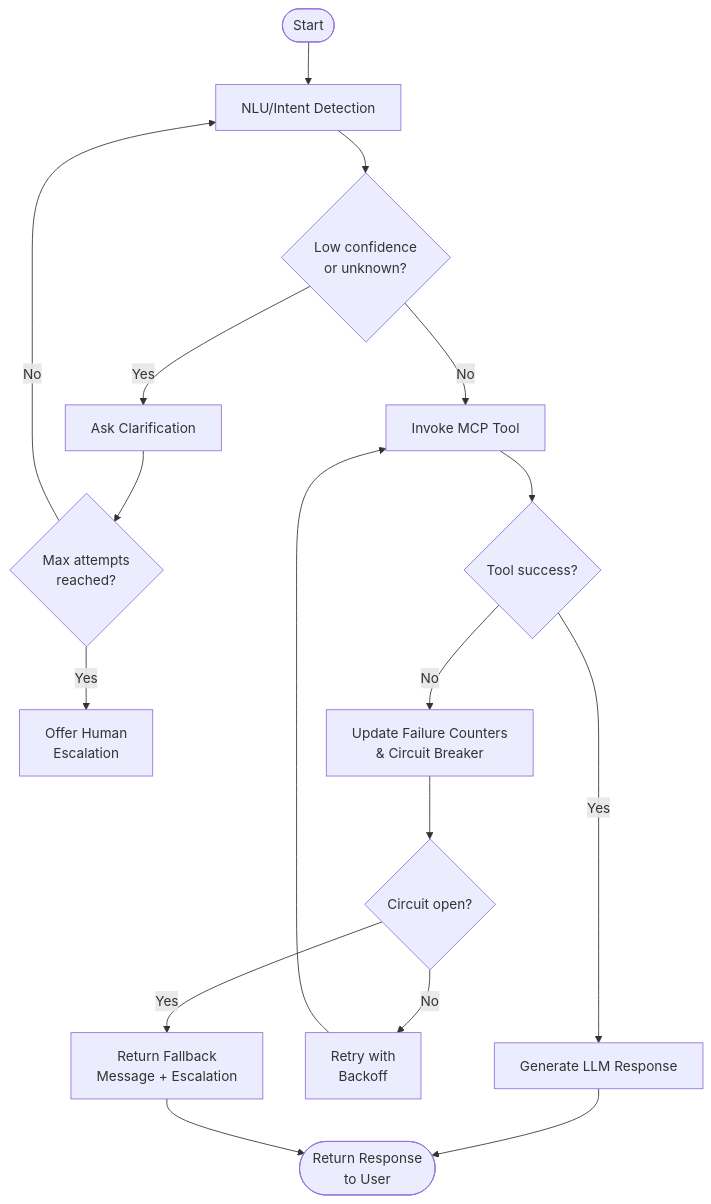
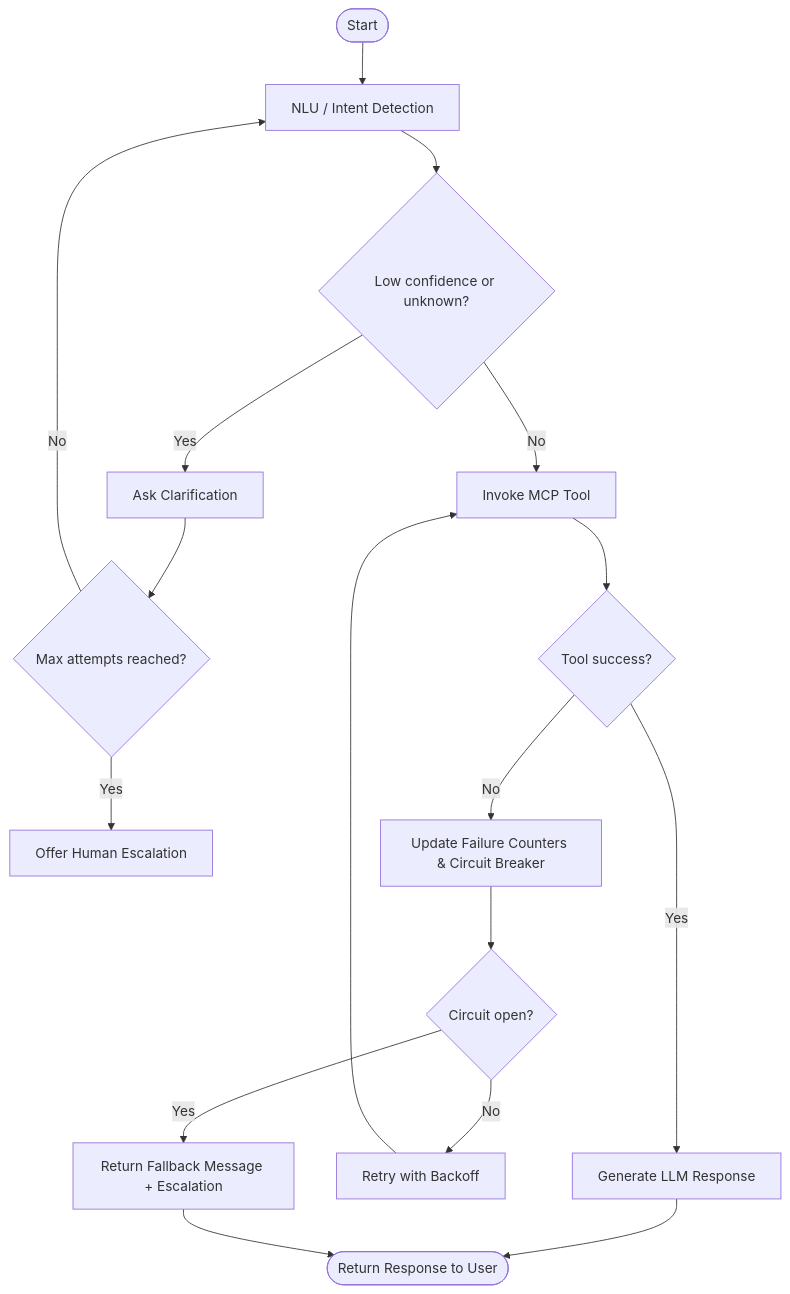
Before and after one commit to kishorekota-dev/map_demo: the fifth of 6 diagrams in white+paper_banking_chat.md, drawn with Mermaid. The commit also changed other lines of this file, not shown here.

````diff
--- a/white+paper_banking_chat.md
+++ b/white+paper_banking_chat.md
@@ -261,31 +243,24 @@
 ```mermaid
 flowchart TD
-  START5([Start]) --> NLU5[NLU/Intent Detection]
-  NLU5 --> DEC5{Low confidence
-  or unknown?}
+  START5([Start]) --> NLU5["NLU / Intent Detection"]
+  NLU5 --> DEC5{"Low confidence or unknown?"}
 
-  DEC5 -->|Yes| CLAR5[Ask Clarification]
-  CLAR5 --> RETRY5{Max attempts
-  reached?}
+  DEC5 -->|Yes| CLAR5["Ask Clarification"]
+  CLAR5 --> RETRY5{"Max attempts reached?"}
   RETRY5 -->|No| NLU5
-  RETRY5 -->|Yes| ESC5[Offer Human
-  Escalation]
+  RETRY5 -->|Yes| ESC5["Offer Human Escalation"]
 
-  DEC5 -->|No| TOOL5[Invoke MCP Tool]
-  TOOL5 --> RES5{Tool success?}
+  DEC5 -->|No| TOOL5["Invoke MCP Tool"]
+  TOOL5 --> RES5{"Tool success?"}
 
-  RES5 -->|No| CB5[Update Failure Counters
-  & Circuit Breaker]
-  CB5 --> CBOPEN5{Circuit open?}
-  CBOPEN5 -->|Yes| MSG5[Return Fallback
-  Message + Escalation]
-  CBOPEN5 -->|No| RETRYT5[Retry with
-  Backoff]
+  RES5 -->|No| CB5["Update Failure Counters & Circuit Breaker"]
+  CB5 --> CBOPEN5{"Circuit open?"}
+  CBOPEN5 -->|Yes| MSG5["Return Fallback Message + Escalation"]
+  CBOPEN5 -->|No| RETRYT5["Retry with Backoff"]
   RETRYT5 --> TOOL5
 
-  RES5 -->|Yes| RESP5[Generate LLM Response]
-  RESP5 --> END5([Return Response
-  to User])
+  RES5 -->|Yes| RESP5["Generate LLM Response"]
+  RESP5 --> END5([Return Response to User])
 
   MSG5 --> END5
 ```
````
